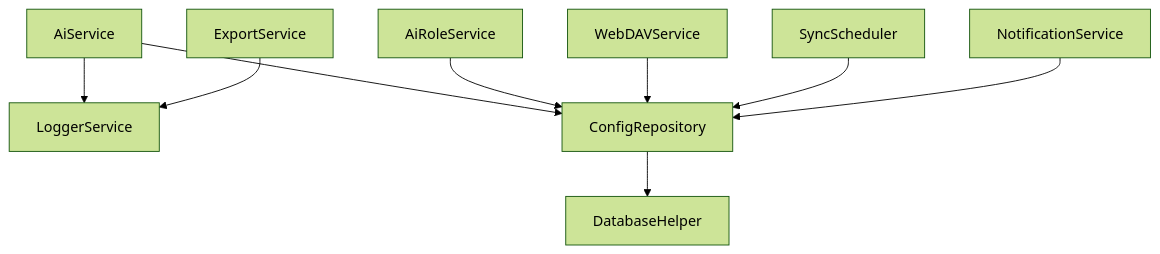
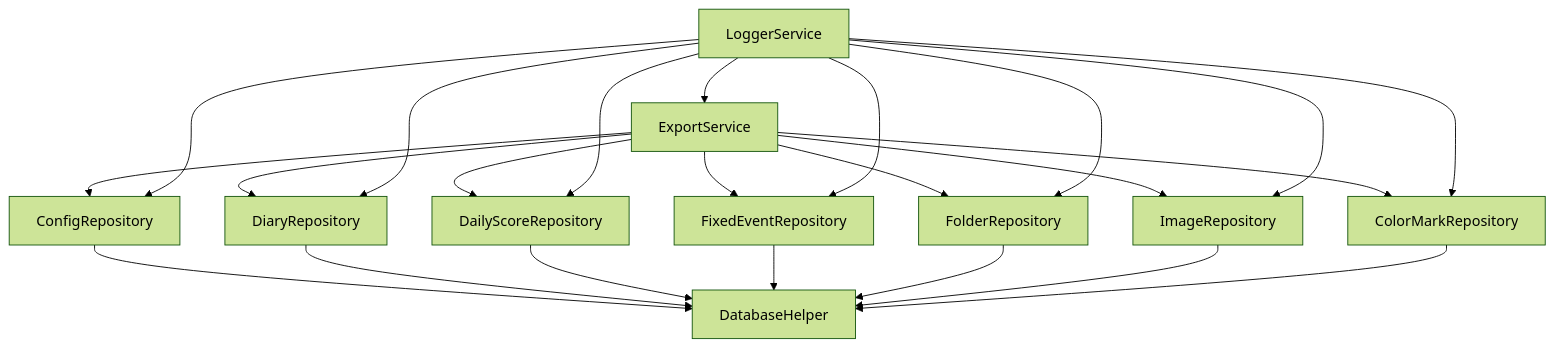
Before and after one commit to favoroo/QNote: the seventh of 7 diagrams in .qoder/repowiki/en/content/Services Layer/Services Layer.md, drawn with Mermaid (forest theme). The commit also changed other lines of this file and 65 other files, not shown here.

First line of the commit message:
docs: 新增项目文档与配置文件，修复AI提取与热力图问题

````diff
--- a/.qoder/repowiki/en/content/Services Layer/Services Layer.md
+++ b/.qoder/repowiki/en/content/Services Layer/Services Layer.md
@@ -341,11 +275,25 @@
 ```mermaid
 graph TB
-AI["AiService"] --> LOG["LoggerService"]
-AI --> CFG["ConfigRepository"]
-ROLE["AiRoleService"] --> CFG
-CFG --> DB["DatabaseHelper"]
-WEB["WebDAVService"] --> CFG
-SCH["SyncScheduler"] --> CFG
-NOTI["NotificationService"] --> CFG
-EXP["ExportService"] --> LOG
+CONFIG["ConfigRepository"] --> DB["DatabaseHelper"]
+DIARY["DiaryRepository"] --> DB
+SCORE["DailyScoreRepository"] --> DB
+EVENT["FixedEventRepository"] --> DB
+FOLDER["FolderRepository"] --> DB
+IMAGE["ImageRepository"] --> DB
+COLOR["ColorMarkRepository"] --> DB
+EXPORT["ExportService"] --> CONFIG
+EXPORT --> DIARY
+EXPORT --> SCORE
+EXPORT --> EVENT
+EXPORT --> FOLDER
+EXPORT --> IMAGE
+EXPORT --> COLOR
+LOGGER["LoggerService"] --> EXPORT
+LOGGER --> CONFIG
+LOGGER --> DIARY
+LOGGER --> SCORE
+LOGGER --> EVENT
+LOGGER --> FOLDER
+LOGGER --> IMAGE
+LOGGER --> COLOR
 ```
````
